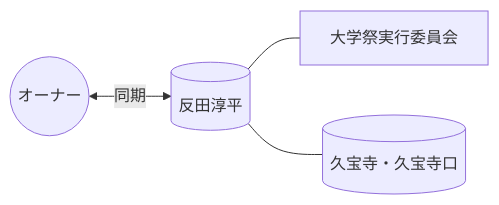
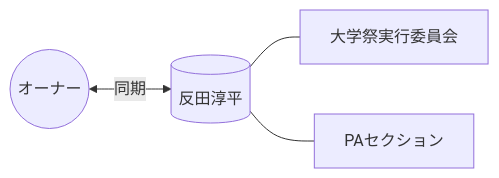
One commit to iamsaito0129-web/AI-Company changed the diagram in company/hr/members/反田淳平.md. Above: the diagram before and after it, drawn with Mermaid. The commit also changed other lines of this file and 34 other files, not shown here.

````diff
--- a/company/hr/members/反田淳平.md
+++ b/company/hr/members/反田淳平.md
@@ -29,6 +32,6 @@
 ```mermaid
 graph LR
     Owner((オーナー)) <--> |同期| Member[(反田淳平)]
     Member --- Community[大学祭実行委員会]
-    Member --- Base[(久宝寺・久宝寺口)]
+    Member --- Section[PAセクション]
 ```
````
